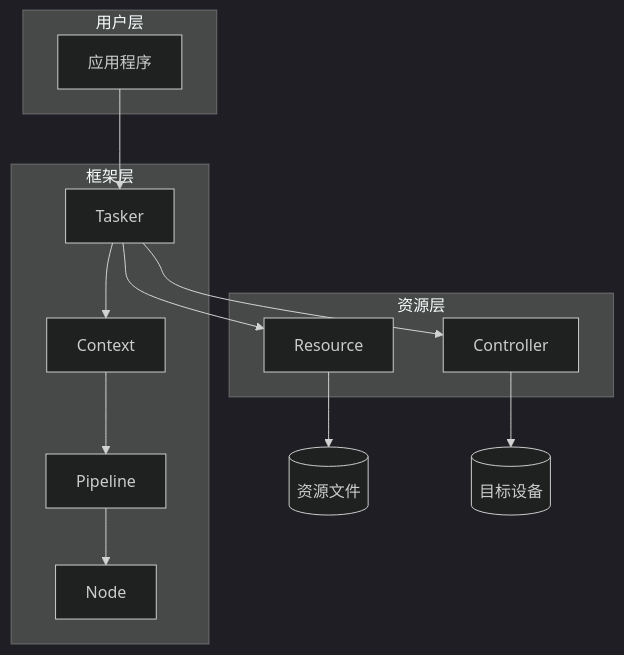
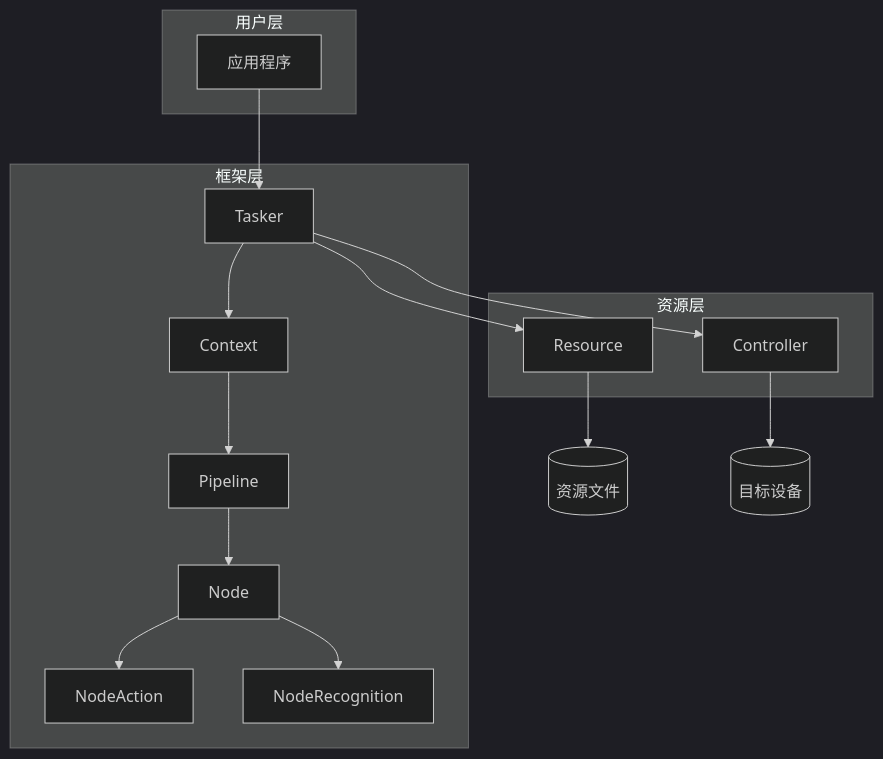
One commit to kqcoxn/MaaPipelineEditor changed the second of 10 diagrams in instructions/maafw-golang-binding/高级功能/基于节点的流水线系统.md. Above: the diagram before and after it, drawn with Mermaid (dark theme). The commit also changed other lines of this file and 10 other files, not shown here.

````diff
--- a/instructions/maafw-golang-binding/高级功能/基于节点的流水线系统.md
+++ b/instructions/maafw-golang-binding/高级功能/基于节点的流水线系统.md
@@ -96,24 +123,28 @@
 ```mermaid
 graph TB
 subgraph "用户层"
 A[应用程序]
 end
 subgraph "框架层"
 B[Tasker]
 C[Context]
 D[Pipeline]
 E[Node]
+F[NodeAction]
+G[NodeRecognition]
 end
 subgraph "资源层"
-F[Resource]
-G[Controller]
+H[Resource]
+I[Controller]
 end
 A --> B
 B --> C
 C --> D
 D --> E
-B --> F
-B --> G
-F --> H[(资源文件)]
-G --> I[(目标设备)]
+E --> F
+E --> G
+B --> H
+B --> I
+H --> J[(资源文件)]
+I --> K[(目标设备)]
 ```
````
